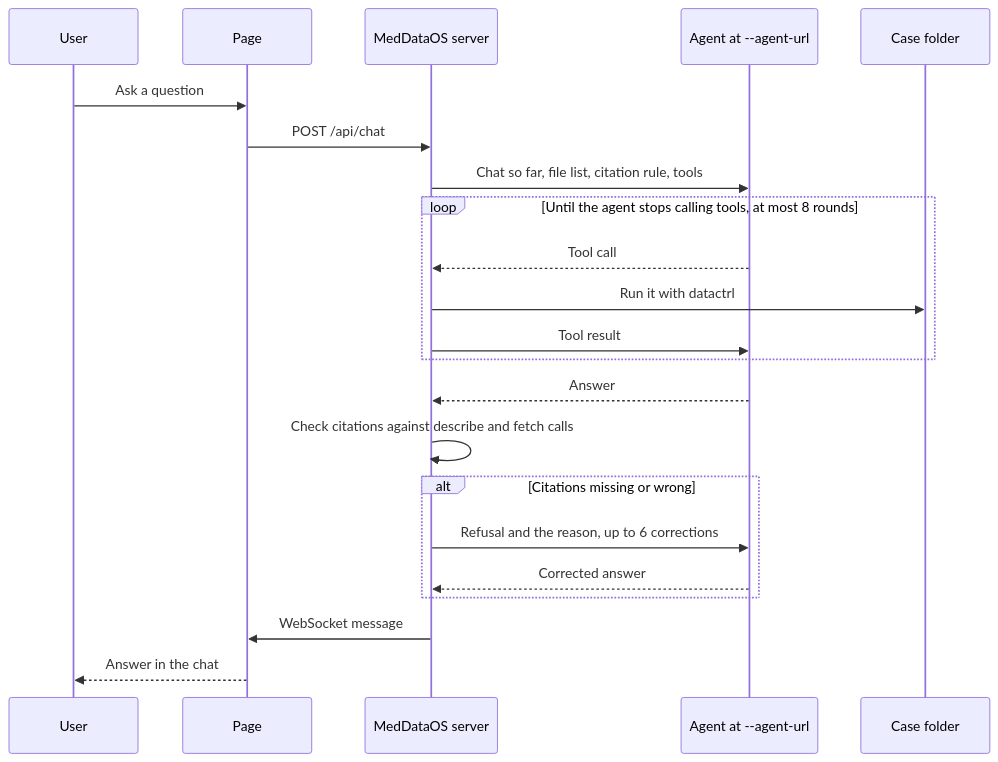
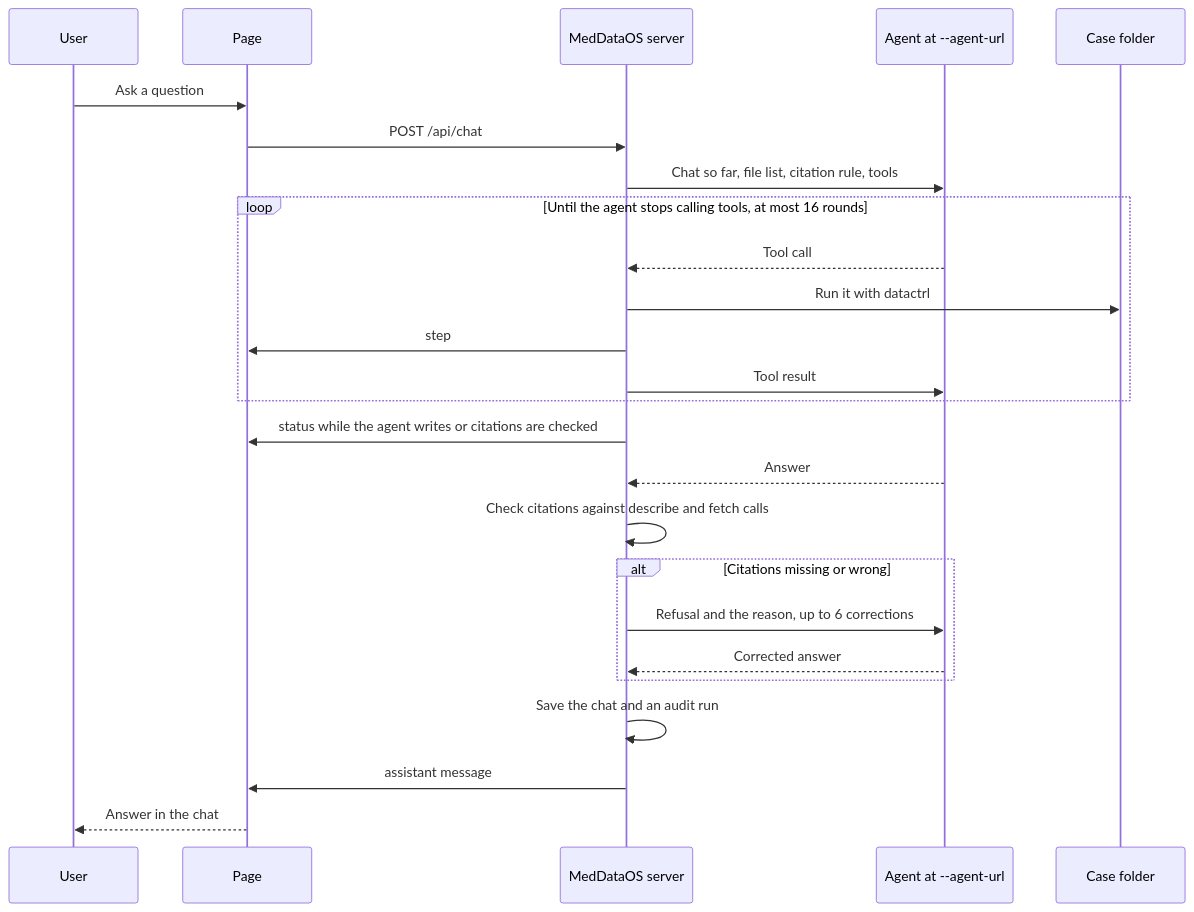
One commit to pmcdi/MedDataOS changed the diagram in README.md. Above: the diagram before and after it, drawn with Mermaid. The commit also changed other lines of this file and 21 other files, not shown here.

````diff
--- a/README.md
+++ b/README.md
@@ -57,25 +57,28 @@
 ```mermaid
 sequenceDiagram
     participant User
     participant Page
     participant Server as MedDataOS server
     participant Agent as Agent at --agent-url
     participant Folder as Case folder
 
     User->>Page: Ask a question
     Page->>Server: POST /api/chat
     Server->>Agent: Chat so far, file list, citation rule, tools
-    loop Until the agent stops calling tools, at most 8 rounds
+    loop Until the agent stops calling tools, at most 16 rounds
         Agent-->>Server: Tool call
         Server->>Folder: Run it with datactrl
+        Server->>Page: step
         Server->>Agent: Tool result
     end
+    Server->>Page: status while the agent writes or citations are checked
     Agent-->>Server: Answer
     Server->>Server: Check citations against describe and fetch calls
     alt Citations missing or wrong
         Server->>Agent: Refusal and the reason, up to 6 corrections
         Agent-->>Server: Corrected answer
     end
-    Server->>Page: WebSocket message
+    Server->>Server: Save the chat and an audit run
+    Server->>Page: assistant message
     Page-->>User: Answer in the chat
 ```
````
